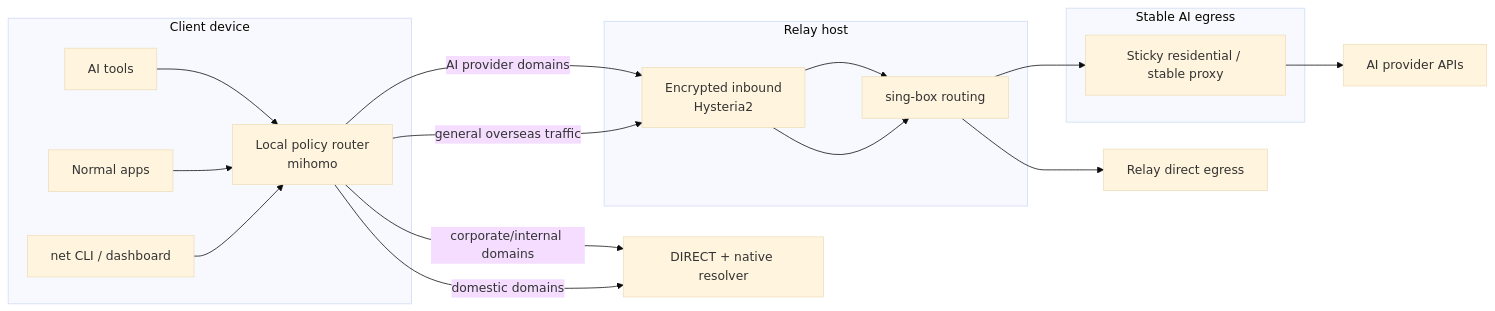
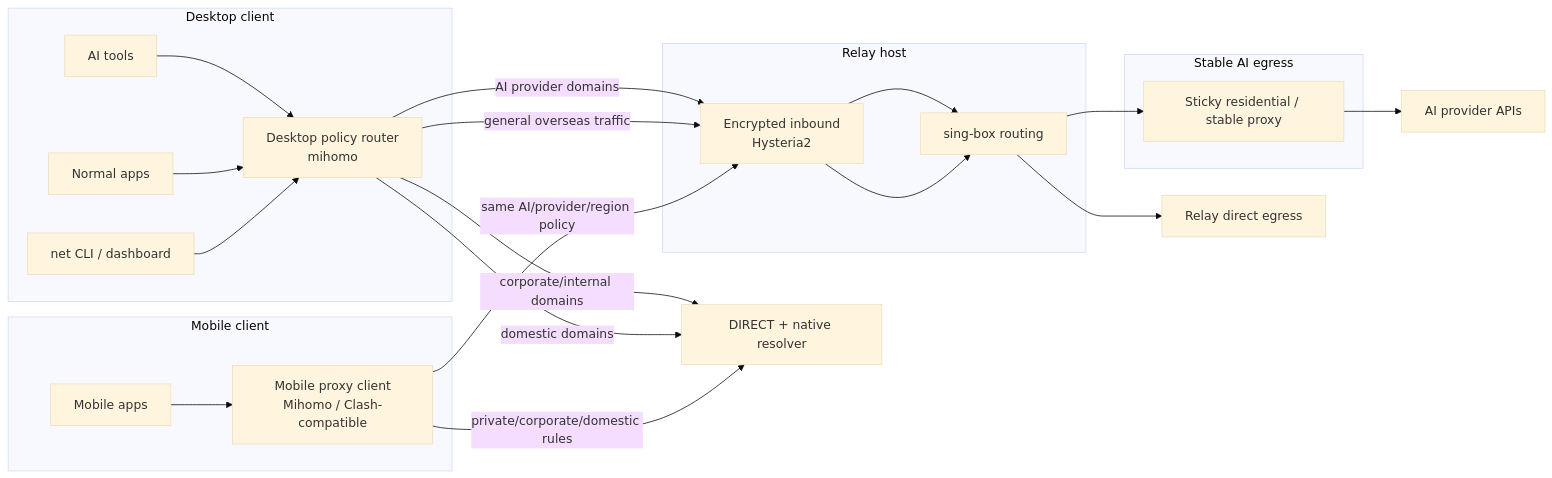
The diagram in README.md (valiant-wjl/agent-route-kit), drawn with Mermaid (base theme) before and after one commit. The commit also changed other lines of this file and 5 other files, not shown here.

````diff
--- a/README.md
+++ b/README.md
@@ -38,26 +38,34 @@
 ```mermaid
 flowchart LR
-  subgraph Client["Client device"]
+  subgraph Desktop["Desktop client"]
     Tools["AI tools"]
     Apps["Normal apps"]
-    Router["Local policy router<br/>mihomo"]
+    Router["Desktop policy router<br/>mihomo"]
     Ops["net CLI / dashboard"]
+  end
+
+  subgraph Mobile["Mobile client"]
+    MobileApps["Mobile apps"]
+    MobileRouter["Mobile proxy client<br/>Mihomo / Clash-compatible"]
   end
 
   subgraph Relay["Relay host"]
     Tunnel["Encrypted inbound<br/>Hysteria2"]
     Policy["sing-box routing"]
   end
 
   subgraph Egress["Stable AI egress"]
     Stable["Sticky residential / stable proxy"]
   end
 
   Tools --> Router
   Apps --> Router
   Ops --> Router
+  MobileApps --> MobileRouter
   Router -- AI provider domains --> Tunnel --> Policy --> Stable --> AI["AI provider APIs"]
   Router -- corporate/internal domains --> Direct["DIRECT + native resolver"]
   Router -- domestic domains --> Direct
   Router -- general overseas traffic --> Tunnel --> Policy --> Internet["Relay direct egress"]
+  MobileRouter -- same AI/provider/region policy --> Tunnel
+  MobileRouter -- private/corporate/domestic rules --> Direct
 ```
````
